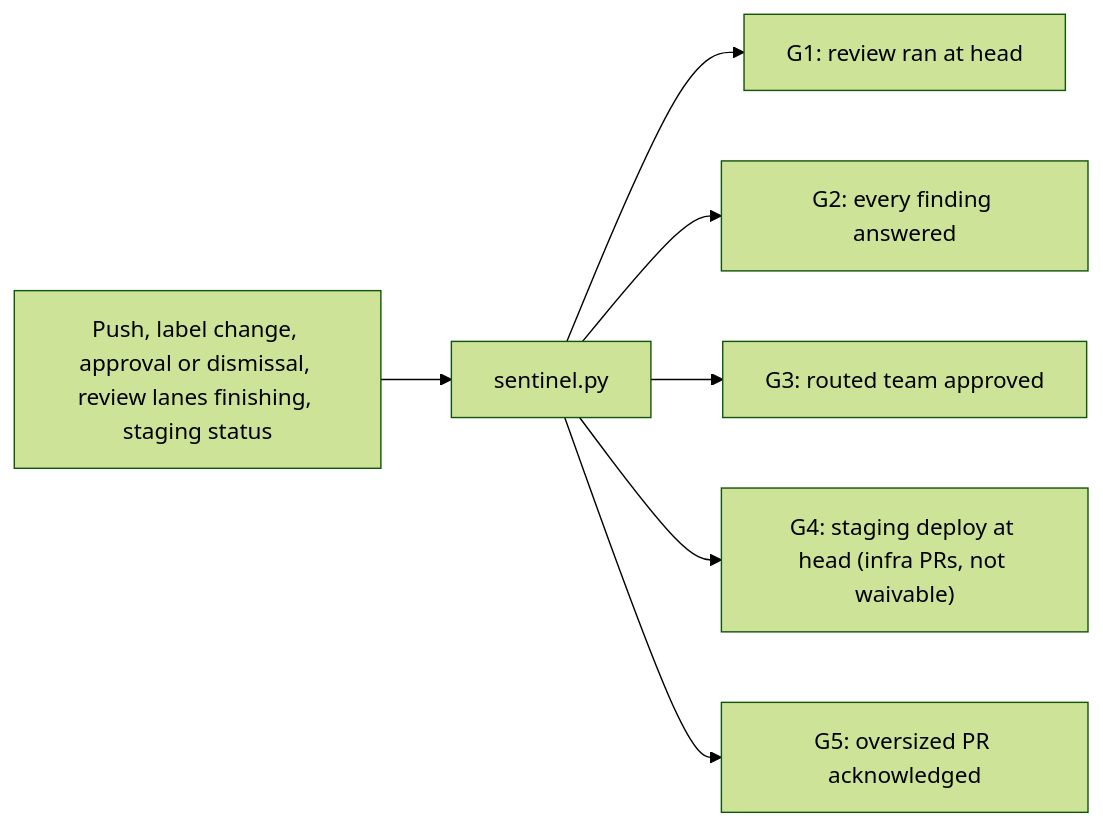
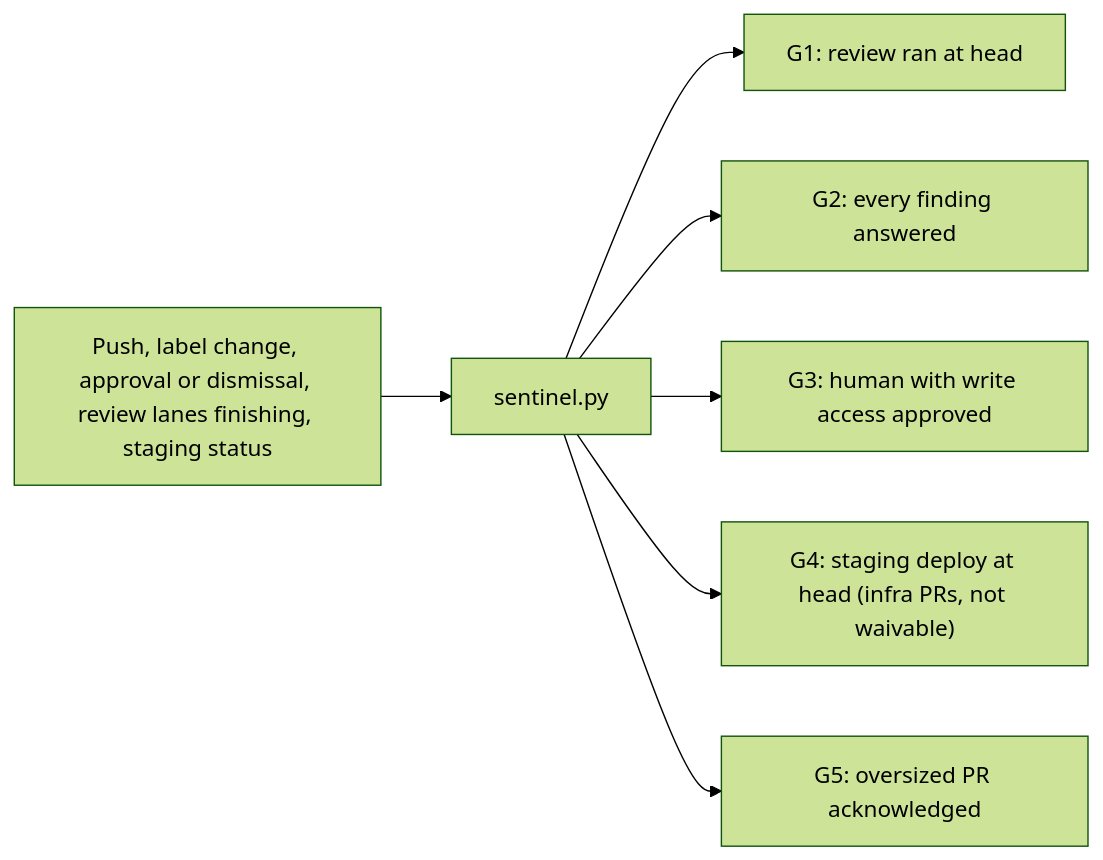
The seventh of 9 diagrams in BUILD-AND-DEPLOY.md (pulumi/docs), drawn with Mermaid (forest theme) before and after one commit. The commit also changed 9 other files, not shown here.

First line of the commit message:
Sentinel G3: any human with write access clears it; bots only on named lanes

````diff
--- a/BUILD-AND-DEPLOY.md
+++ b/BUILD-AND-DEPLOY.md
@@ -1325,9 +1325,9 @@
 ```mermaid
 flowchart LR
   EV["`Push, label change, approval or dismissal, review lanes finishing, staging status`"] --> SE["`sentinel.py`"]
   SE --> G1["`G1: review ran at head`"]
   SE --> G2["`G2: every finding answered`"]
-  SE --> G3["`G3: routed team approved`"]
+  SE --> G3["`G3: human with write access approved`"]
   SE --> G4["`G4: staging deploy at head (infra PRs, not waivable)`"]
   SE --> G5["`G5: oversized PR acknowledged`"]
 ```
````
